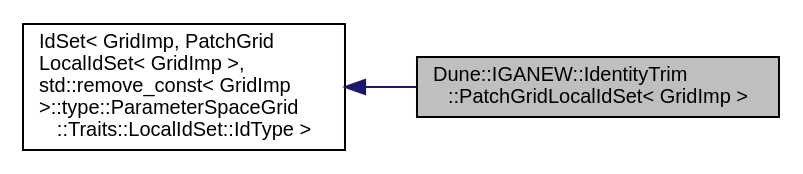
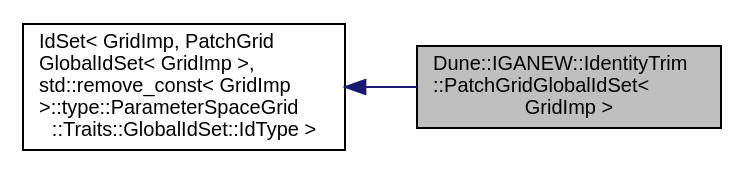
Before and after one commit to rath3t/dune-iga-doc: the diagram in d3/da5/a01598.dot, drawn with Graphviz. The commit also changed 602 other files, not shown here.

```diff
--- a/d3/da5/a01598.dot
+++ b/d3/da5/a01598.dot
@@ -1,10 +1,10 @@
-digraph "Dune::IGANEW::IdentityTrim::PatchGridLocalIdSet&lt; GridImp &gt;"
+digraph "Dune::IGANEW::IdentityTrim::PatchGridGlobalIdSet&lt; GridImp &gt;"
 {
  // LATEX_PDF_SIZE
   edge [fontname="Helvetica",fontsize="10",labelfontname="Helvetica",labelfontsize="10"];
   node [fontname="Helvetica",fontsize="10",shape=record];
   rankdir="LR";
-  Node1 [label="Dune::IGANEW::IdentityTrim\l::PatchGridLocalIdSet\< GridImp \>",height=0.2,width=0.4,color="black", fillcolor="grey75", style="filled", fontcolor="black",tooltip=" "];
+  Node1 [label="Dune::IGANEW::IdentityTrim\l::PatchGridGlobalIdSet\<\l GridImp \>",height=0.2,width=0.4,color="black", fillcolor="grey75", style="filled", fontcolor="black",tooltip=" "];
   Node2 -> Node1 [dir="back",color="midnightblue",fontsize="10",style="solid",fontname="Helvetica"];
-  Node2 [label="IdSet\< GridImp, PatchGrid\lLocalIdSet\< GridImp \>,\l std::remove_const\< GridImp\l \>::type::ParameterSpaceGrid\l::Traits::LocalIdSet::IdType \>",height=0.2,width=0.4,color="black", fillcolor="white", style="filled",tooltip=" "];
+  Node2 [label="IdSet\< GridImp, PatchGrid\lGlobalIdSet\< GridImp \>,\l std::remove_const\< GridImp\l \>::type::ParameterSpaceGrid\l::Traits::GlobalIdSet::IdType \>",height=0.2,width=0.4,color="black", fillcolor="white", style="filled",tooltip=" "];
 }
```
